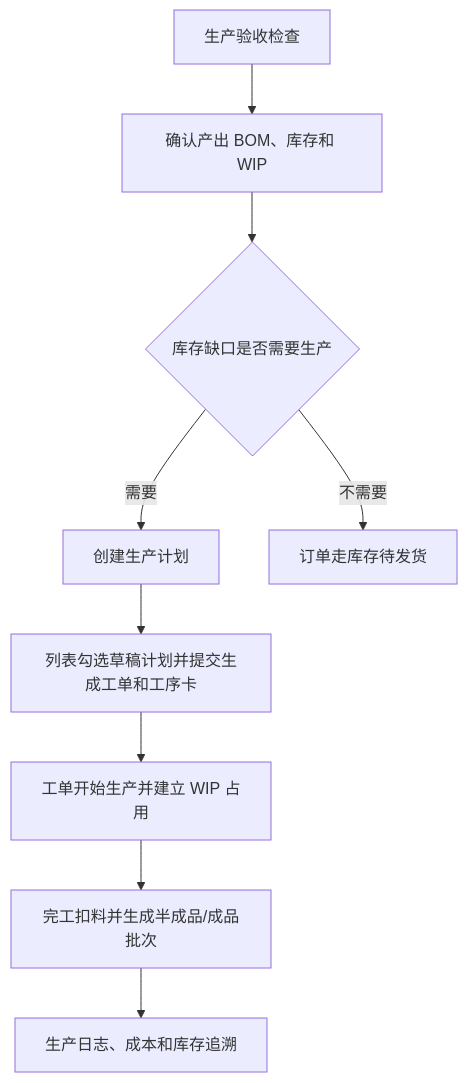
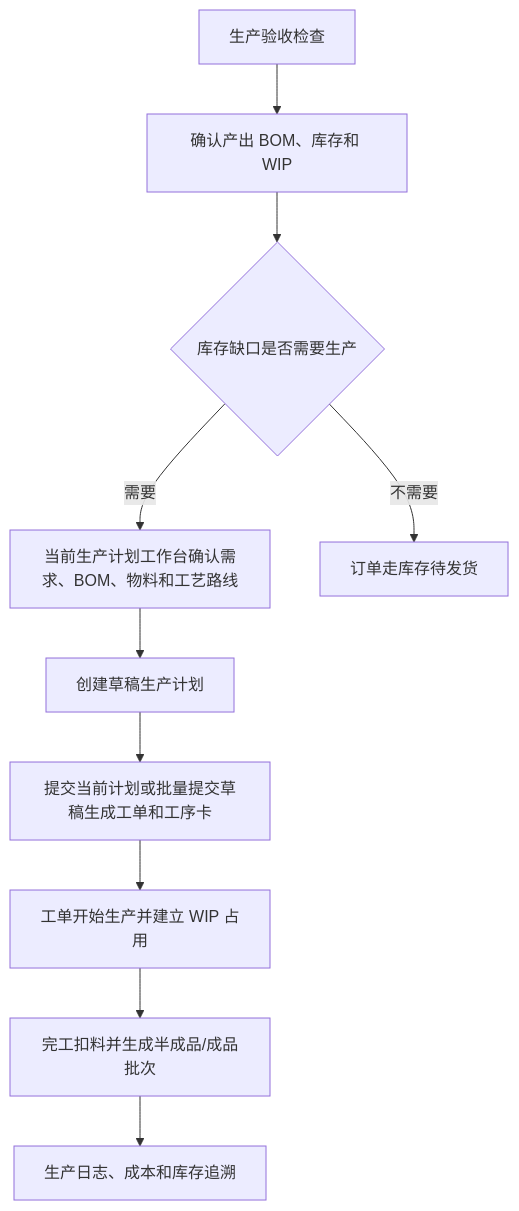
Before and after one commit to Backstage2539/KFerp: the diagram in orderapp-remote/docs/OP_MANUAL_PRODUCTION.md, drawn with Mermaid. The commit also changed other lines of this file and 9 other files, not shown here.

````diff
--- a/orderapp-remote/docs/OP_MANUAL_PRODUCTION.md
+++ b/orderapp-remote/docs/OP_MANUAL_PRODUCTION.md
@@ -15,11 +15,12 @@
 ```mermaid
 flowchart TD
   A["生产验收检查"] --> B["确认产出 BOM、库存和 WIP"]
   B --> C{"库存缺口是否需要生产"}
-  C -->|需要| D["创建生产计划"]
+  C -->|需要| D["当前生产计划工作台确认需求、BOM、物料和工艺路线"]
   C -->|不需要| E["订单走库存待发货"]
-  D --> F["列表勾选草稿计划并提交生成工单和工序卡"]
-  F --> I["工单开始生产并建立 WIP 占用"]
+  D --> F["创建草稿生产计划"]
+  F --> J["提交当前计划或批量提交草稿生成工单和工序卡"]
+  J --> I["工单开始生产并建立 WIP 占用"]
   I --> G["完工扣料并生成半成品/成品批次"]
   G --> H["生产日志、成本和库存追溯"]
 ```
````
